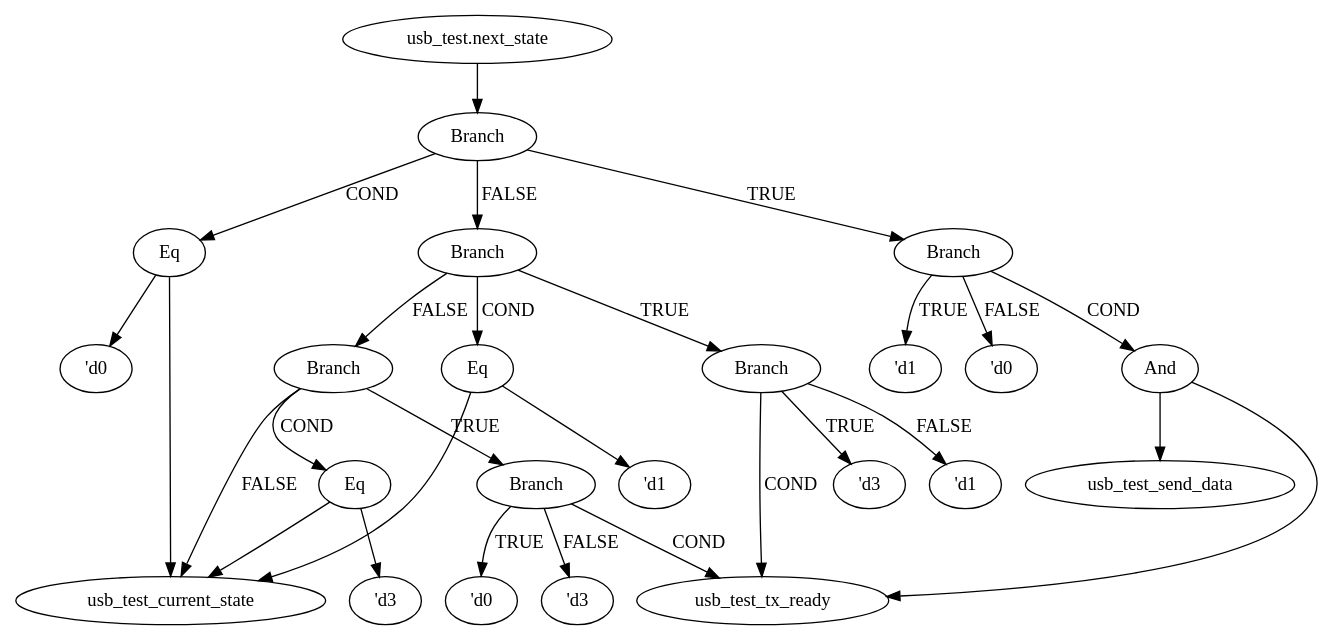
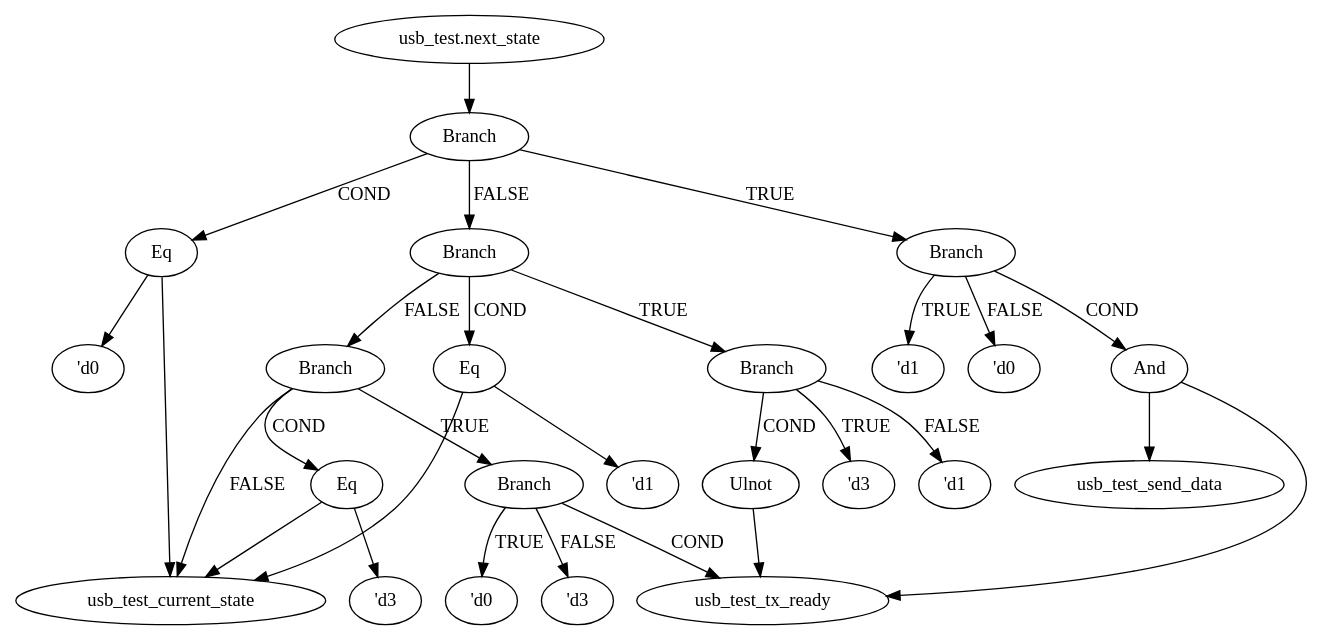
The diagram in usb_test.dot (vnay01/MasterThesis), drawn with Graphviz before and after one commit. The commit also changed 6 other files, not shown here.

```diff
--- a/usb_test.dot
+++ b/usb_test.dot
@@ -1,91 +1,94 @@
 strict digraph "" {
 	node [label="\N"];
 	"usb_test.next_state_graphrename_0"	[color=black,
 		label="usb_test.next_state"];
 	Branch_graphrename_1	[color=black,
 		label=Branch];
 	"usb_test.next_state_graphrename_0" -> Branch_graphrename_1	[color=black];
 	Eq_graphrename_2	[color=black,
 		label=Eq];
 	Branch_graphrename_1 -> Eq_graphrename_2	[color=black,
 		label=COND];
 	Branch_graphrename_4	[color=black,
 		label=Branch];
 	Branch_graphrename_1 -> Branch_graphrename_4	[color=black,
 		label=TRUE];
 	Branch_graphrename_8	[color=black,
 		label=Branch];
 	Branch_graphrename_1 -> Branch_graphrename_8	[color=black,
 		label=FALSE];
 	usb_test_current_state	[color=black];
 	Eq_graphrename_2 -> usb_test_current_state	[color=black];
 	"'d0_graphrename_3"	[color=black,
 		label="'d0"];
 	Eq_graphrename_2 -> "'d0_graphrename_3"	[color=black];
 	And_graphrename_5	[color=black,
 		label=And];
 	Branch_graphrename_4 -> And_graphrename_5	[color=black,
 		label=COND];
 	"'d1_graphrename_6"	[color=black,
 		label="'d1"];
 	Branch_graphrename_4 -> "'d1_graphrename_6"	[color=black,
 		label=TRUE];
 	"'d0_graphrename_7"	[color=black,
 		label="'d0"];
 	Branch_graphrename_4 -> "'d0_graphrename_7"	[color=black,
 		label=FALSE];
 	usb_test_send_data	[color=black];
 	And_graphrename_5 -> usb_test_send_data	[color=black];
 	usb_test_tx_ready	[color=black];
 	And_graphrename_5 -> usb_test_tx_ready	[color=black];
 	Eq_graphrename_9	[color=black,
 		label=Eq];
 	Branch_graphrename_8 -> Eq_graphrename_9	[color=black,
 		label=COND];
 	Branch_graphrename_11	[color=black,
 		label=Branch];
 	Branch_graphrename_8 -> Branch_graphrename_11	[color=black,
 		label=TRUE];
-	Branch_graphrename_14	[color=black,
+	Branch_graphrename_15	[color=black,
 		label=Branch];
-	Branch_graphrename_8 -> Branch_graphrename_14	[color=black,
+	Branch_graphrename_8 -> Branch_graphrename_15	[color=black,
 		label=FALSE];
 	Eq_graphrename_9 -> usb_test_current_state	[color=black];
 	"'d1_graphrename_10"	[color=black,
 		label="'d1"];
 	Eq_graphrename_9 -> "'d1_graphrename_10"	[color=black];
-	Branch_graphrename_11 -> usb_test_tx_ready	[color=black,
+	Ulnot_graphrename_12	[color=black,
+		label=Ulnot];
+	Branch_graphrename_11 -> Ulnot_graphrename_12	[color=black,
 		label=COND];
-	"'d3_graphrename_12"	[color=black,
+	"'d3_graphrename_13"	[color=black,
 		label="'d3"];
-	Branch_graphrename_11 -> "'d3_graphrename_12"	[color=black,
+	Branch_graphrename_11 -> "'d3_graphrename_13"	[color=black,
 		label=TRUE];
-	"'d1_graphrename_13"	[color=black,
+	"'d1_graphrename_14"	[color=black,
 		label="'d1"];
-	Branch_graphrename_11 -> "'d1_graphrename_13"	[color=black,
+	Branch_graphrename_11 -> "'d1_graphrename_14"	[color=black,
 		label=FALSE];
-	Branch_graphrename_14 -> usb_test_current_state	[color=black,
+	Ulnot_graphrename_12 -> usb_test_tx_ready	[color=black];
+	Branch_graphrename_15 -> usb_test_current_state	[color=black,
 		label=FALSE];
-	Eq_graphrename_15	[color=black,
+	Eq_graphrename_16	[color=black,
 		label=Eq];
-	Branch_graphrename_14 -> Eq_graphrename_15	[color=black,
+	Branch_graphrename_15 -> Eq_graphrename_16	[color=black,
 		label=COND];
-	Branch_graphrename_17	[color=black,
+	Branch_graphrename_18	[color=black,
 		label=Branch];
-	Branch_graphrename_14 -> Branch_graphrename_17	[color=black,
+	Branch_graphrename_15 -> Branch_graphrename_18	[color=black,
 		label=TRUE];
-	Eq_graphrename_15 -> usb_test_current_state	[color=black];
-	"'d3_graphrename_16"	[color=black,
+	Eq_graphrename_16 -> usb_test_current_state	[color=black];
+	"'d3_graphrename_17"	[color=black,
 		label="'d3"];
-	Eq_graphrename_15 -> "'d3_graphrename_16"	[color=black];
-	Branch_graphrename_17 -> usb_test_tx_ready	[color=black,
+	Eq_graphrename_16 -> "'d3_graphrename_17"	[color=black];
+	Branch_graphrename_18 -> usb_test_tx_ready	[color=black,
 		label=COND];
-	"'d0_graphrename_18"	[color=black,
+	"'d0_graphrename_19"	[color=black,
 		label="'d0"];
-	Branch_graphrename_17 -> "'d0_graphrename_18"	[color=black,
+	Branch_graphrename_18 -> "'d0_graphrename_19"	[color=black,
 		label=TRUE];
-	"'d3_graphrename_19"	[color=black,
+	"'d3_graphrename_20"	[color=black,
 		label="'d3"];
-	Branch_graphrename_17 -> "'d3_graphrename_19"	[color=black,
+	Branch_graphrename_18 -> "'d3_graphrename_20"	[color=black,
 		label=FALSE];
 }
```
